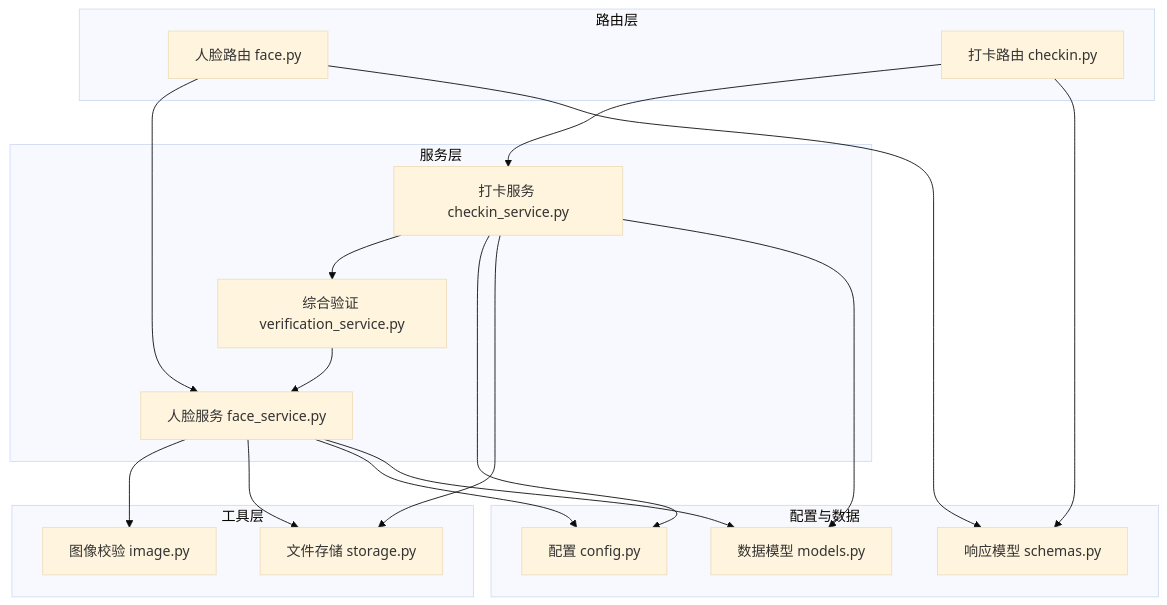
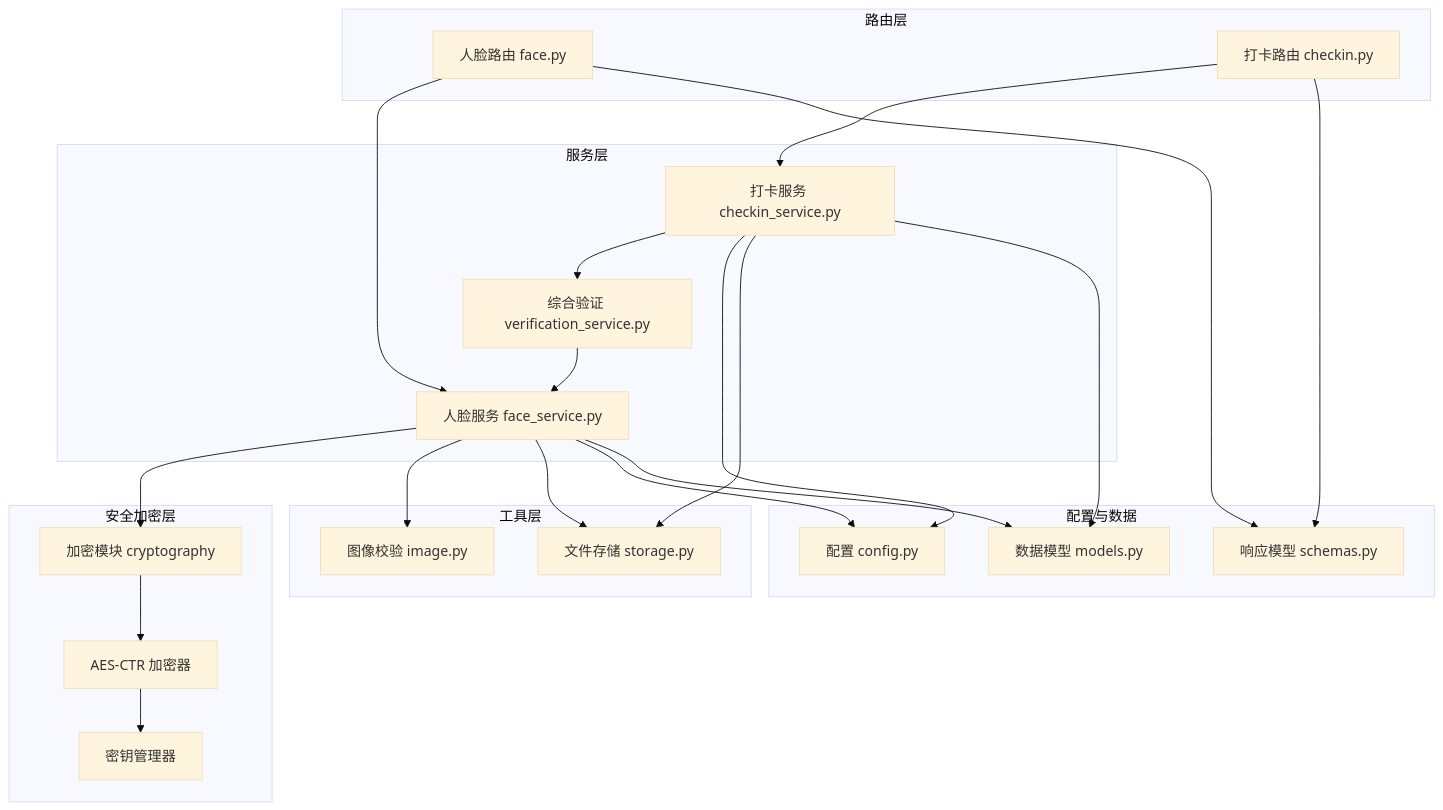
The first of 5 diagrams in .qoder/repowiki/zh/content/暑假作业打卡系统/核心业务功能/人脸识别系统.md (onebody/homework), drawn with Mermaid (base theme) before and after one commit. The commit also changed other lines of this file and 14 other files, not shown here.

````diff
--- a/.qoder/repowiki/zh/content/暑假作业打卡系统/核心业务功能/人脸识别系统.md
+++ b/.qoder/repowiki/zh/content/暑假作业打卡系统/核心业务功能/人脸识别系统.md
@@ -48,34 +58,42 @@
 ```mermaid
 graph TB
 subgraph "路由层"
 R_face["人脸路由 face.py"]
 R_checkin["打卡路由 checkin.py"]
 end
 subgraph "服务层"
 S_face["人脸服务 face_service.py"]
 S_verify["综合验证 verification_service.py"]
 S_checkin["打卡服务 checkin_service.py"]
+end
+subgraph "安全加密层"
+E_crypto["加密模块 cryptography"]
+E_aes["AES-CTR 加密器"]
+E_keymgr["密钥管理器"]
 end
 subgraph "工具层"
 U_image["图像校验 image.py"]
 U_storage["文件存储 storage.py"]
 end
 subgraph "配置与数据"
 C_config["配置 config.py"]
 M_models["数据模型 models.py"]
 S_schemas["响应模型 schemas.py"]
 end
 R_face --> S_face
 R_checkin --> S_checkin
 S_checkin --> S_verify
 S_verify --> S_face
+S_face --> E_crypto
+E_crypto --> E_aes
+E_aes --> E_keymgr
 S_face --> U_image
 S_face --> U_storage
 S_face --> C_config
 S_checkin --> C_config
 S_checkin --> U_storage
 R_face --> S_schemas
 R_checkin --> S_schemas
 S_face --> M_models
 S_checkin --> M_models
 ```
````
